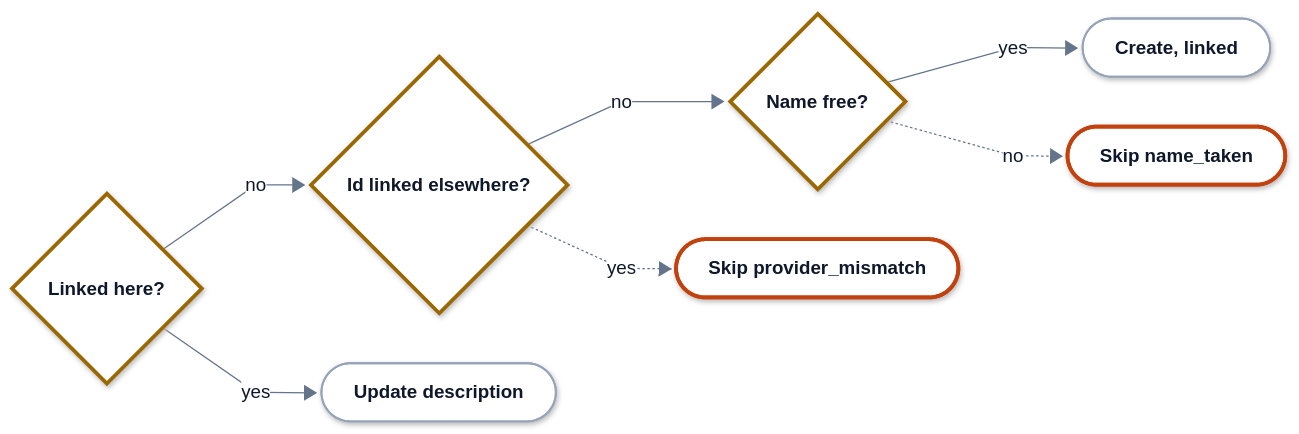
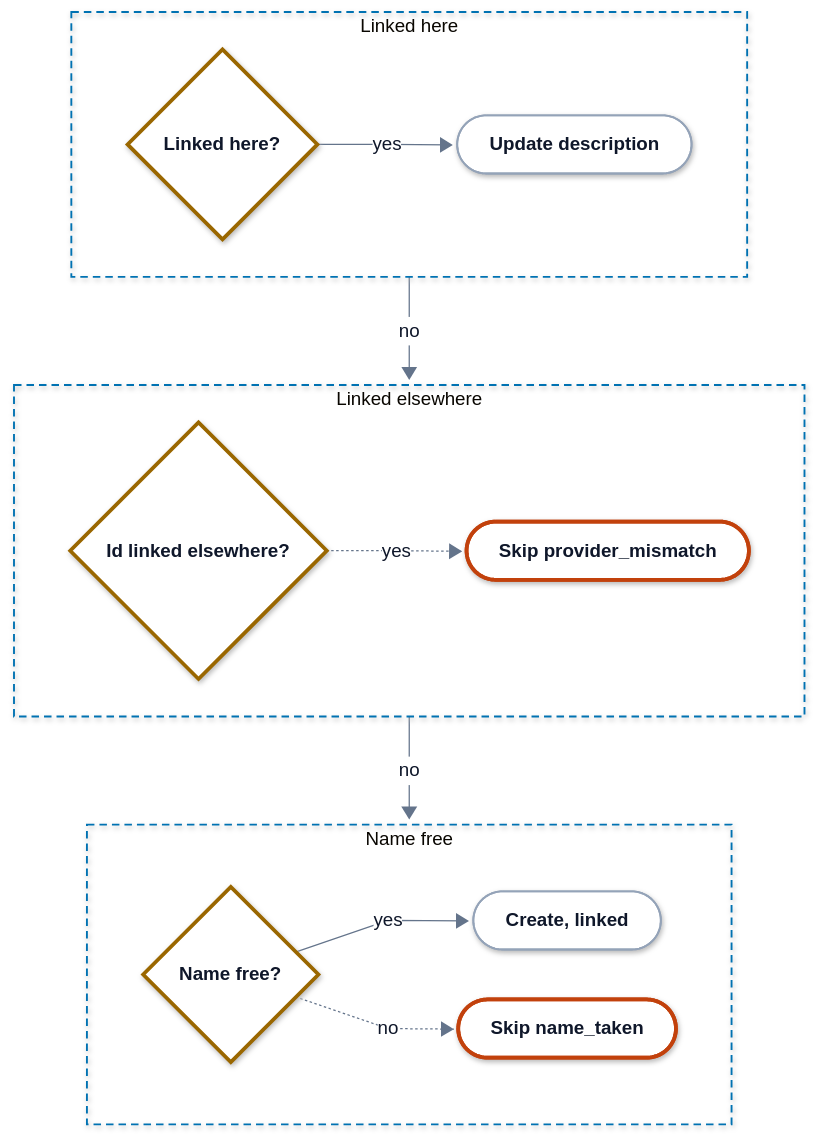
One commit to hyperi-io/dfe-engine changed the second of 2 diagrams in docs/control-plane/rbac-groups.md. Above: the diagram before and after it, drawn with Mermaid. The commit also changed 32 other files, not shown here.

First line of the commit message:
docs(architecture): engine page to the standard, diagrams to 860 px (#1209)

````diff
--- a/docs/control-plane/rbac-groups.md
+++ b/docs/control-plane/rbac-groups.md
@@ -120,24 +120,36 @@
     .ui .label-icon{color:#D9480F}
     .ext .label-icon{color:#64748B}
 ---
-flowchart LR
+flowchart TB
   accTitle: L4 Detail -- Group sync decision
   accDescr: A remote group linked to a stored group through this provider updates that group. One with an id linked to another provider is skipped as provider_mismatch. Otherwise a free name creates a linked group, and a name already held is skipped as name_taken.
 
-  linked{"<b>Linked here?</b>"}
-  other{"<b>Id linked elsewhere?</b>"}
-  update(["<b>Update description</b>"])
-  free{"<b>Name free?</b>"}
-  mismatch(["<b>Skip provider_mismatch</b>"])
-  create(["<b>Create, linked</b>"])
-  taken(["<b>Skip name_taken</b>"])
+  subgraph q1["Linked here"]
+    direction LR
+    linked{"<b>Linked here?</b>"}
+    update(["<b>Update description</b>"])
+  end
+  subgraph q2["Linked elsewhere"]
+    direction LR
+    other{"<b>Id linked elsewhere?</b>"}
+    mismatch(["<b>Skip provider_mismatch</b>"])
+  end
+  subgraph q3["Name free"]
+    direction LR
+    free{"<b>Name free?</b>"}
+    create(["<b>Create, linked</b>"])
+    taken(["<b>Skip name_taken</b>"])
+  end
 
-  linked -->|no| other
+  q1 -->|no| q2
   linked -->|yes| update
-  other -->|no| free
+  q2 -->|no| q3
   other -.->|yes| mismatch
   free -->|yes| create
   free -.->|no| taken
+  class linked,other,free decision
+  class mismatch,taken error
+  class update,create part
   classDef ext fill:#F4F6F8,stroke:#94A3B8,stroke-width:1.5px,stroke-dasharray:5 4,color:#0F172A
   classDef ingest fill:#FFFFFF,stroke:#0E8A7D,stroke-width:3px,color:#0F172A
   classDef xform fill:#FFFFFF,stroke:#7B4FB0,stroke-width:3px,color:#0F172A
@@ -149,7 +161,7 @@
   classDef error fill:#FFFFFF,stroke:#C2410C,stroke-width:3px,color:#0F172A
   classDef control fill:#FFFFFF,stroke:#334155,stroke-width:3px,color:#0F172A
   classDef part fill:#FFFFFF,stroke:#94A3B8,stroke-width:1.5px,color:#0F172A
-  class linked,other,free decision
-  class mismatch,taken error
-  class update,create part
+  style q1 fill:none,stroke:#0072B2,stroke-width:1.5px,stroke-dasharray:6 4
+  style q2 fill:none,stroke:#0072B2,stroke-width:1.5px,stroke-dasharray:6 4
+  style q3 fill:none,stroke:#0072B2,stroke-width:1.5px,stroke-dasharray:6 4
 ```
````
